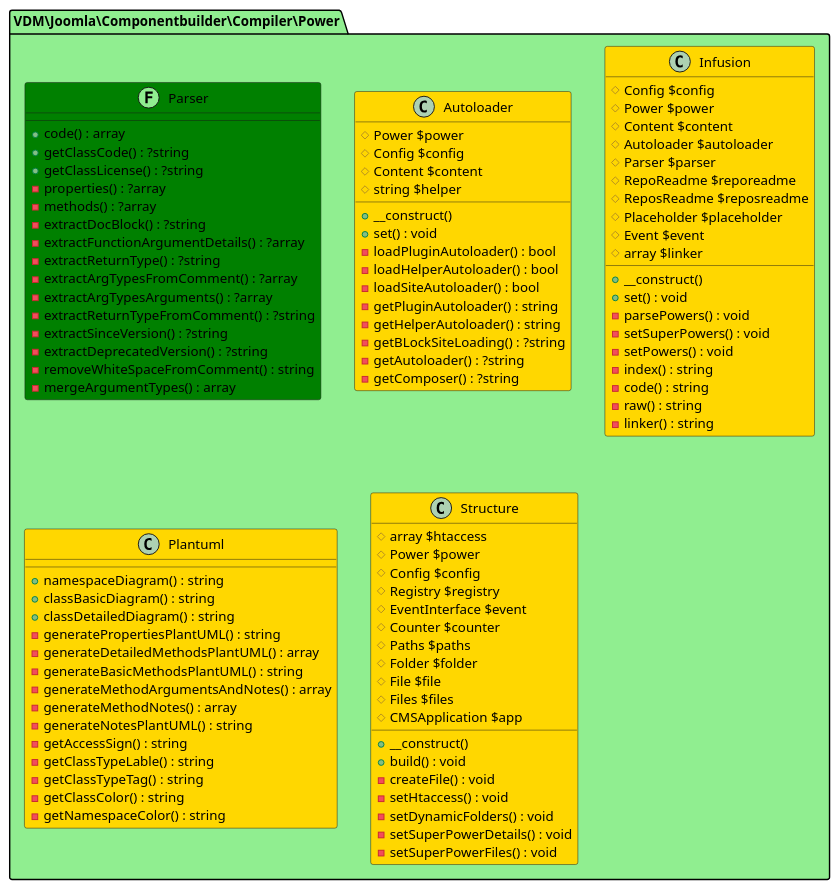
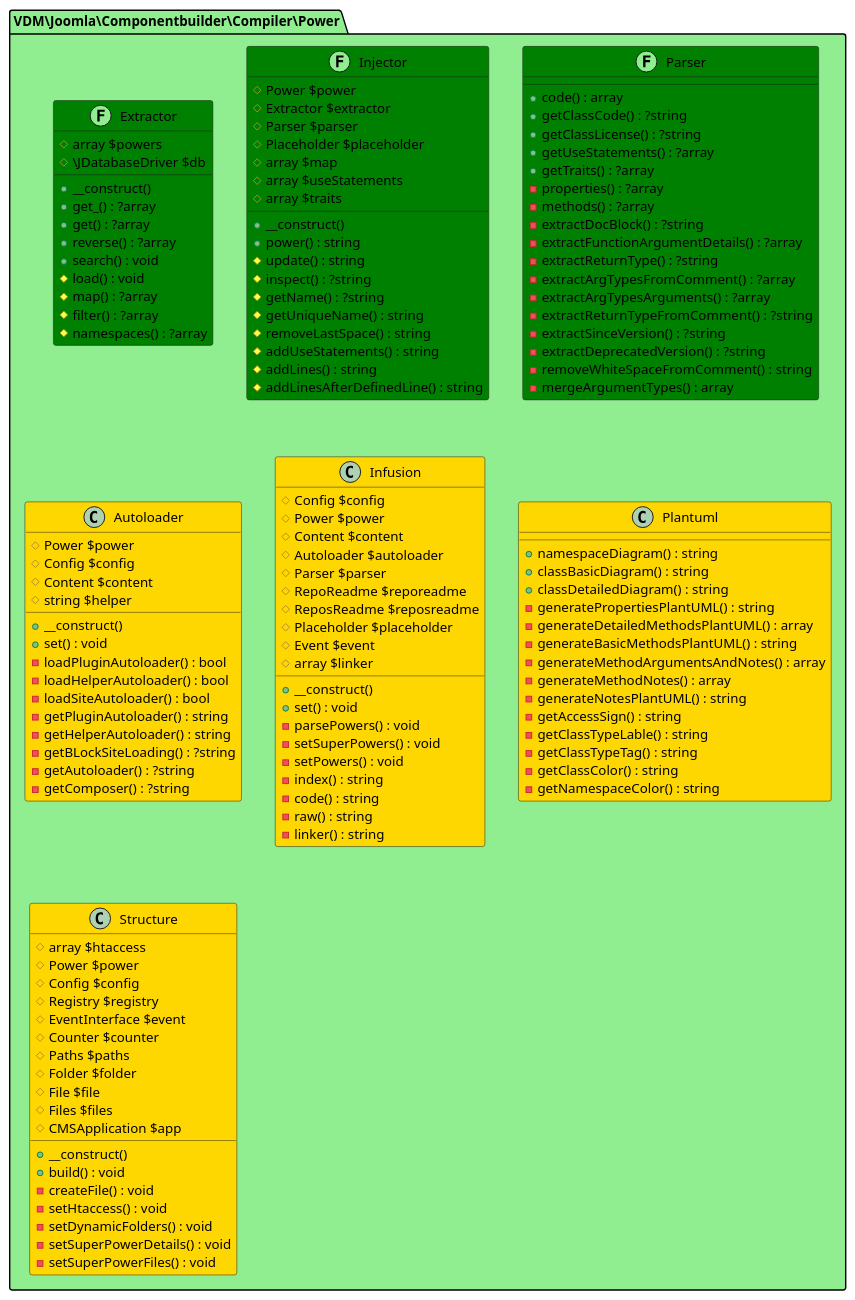
Diagram 20 of 34 in README.md (joomengine/jcb-compiler), drawn with PlantUML before and after one commit. The commit also changed other lines of this file and 65 other files, not shown here.

```diff
--- a/README.md
+++ b/README.md
@@ -1606,10 +1644,46 @@
 namespace VDM\Joomla\Componentbuilder\Compiler\Power #LightGreen {
 
 
+  class Extractor << (F,LightGreen) >> #Green {
+    # array $powers
+    # \JDatabaseDriver $db
+    + __construct()
+    + get_() : ?array
+    + get() : ?array
+    + reverse() : ?array
+    + search() : void
+    # load() : void
+    # map() : ?array
+    # filter() : ?array
+    # namespaces() : ?array
+  }
+
+  class Injector << (F,LightGreen) >> #Green {
+    # Power $power
+    # Extractor $extractor
+    # Parser $parser
+    # Placeholder $placeholder
+    # array $map
+    # array $useStatements
+    # array $traits
+    + __construct()
+    + power() : string
+    # update() : string
+    # inspect() : ?string
+    # getName() : ?string
+    # getUniqueName() : string
+    # removeLastSpace() : string
+    # addUseStatements() : string
+    # addLines() : string
+    # addLinesAfterDefinedLine() : string
+  }
+
   class Parser << (F,LightGreen) >> #Green {
     + code() : array
     + getClassCode() : ?string
     + getClassLicense() : ?string
+    + getUseStatements() : ?array
+    + getTraits() : ?array
     - properties() : ?array
     - methods() : ?array
     - extractDocBlock() : ?string
```
